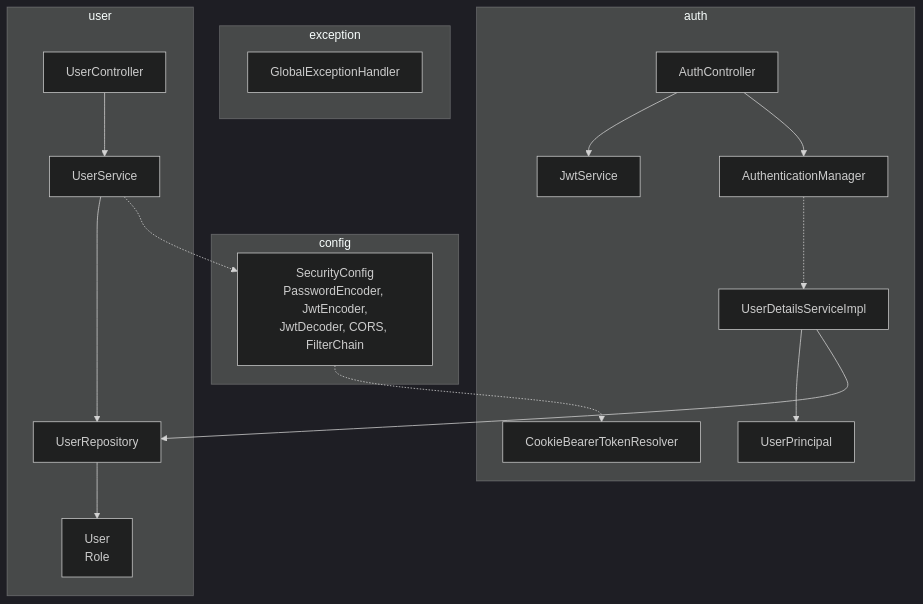
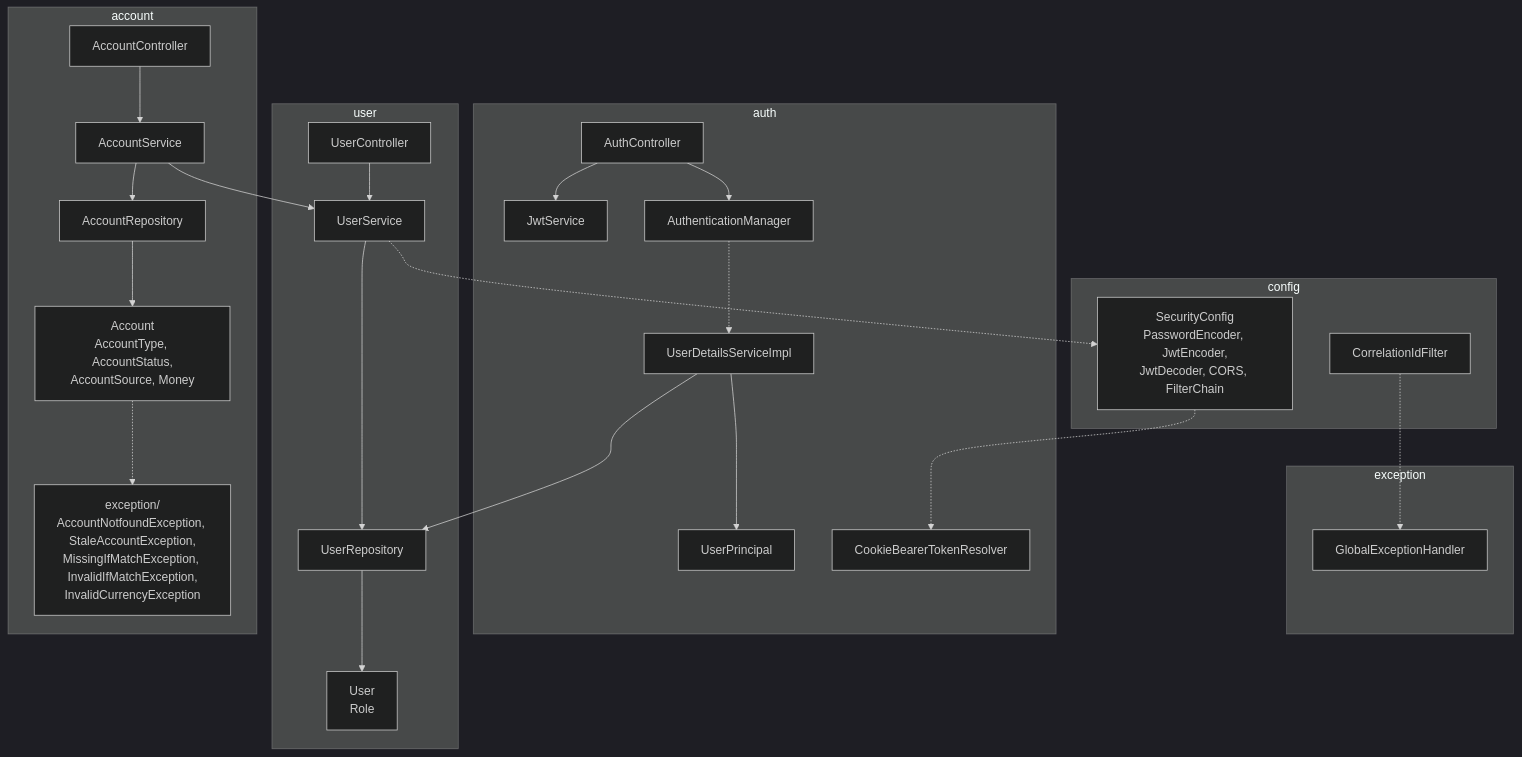
One commit to nomevini/opengrana changed the diagram in docs/architecture/backend-packages.md. Above: the diagram before and after it, drawn with Mermaid (dark theme). The commit also changed other lines of this file and 53 other files, not shown here.

````diff
--- a/docs/architecture/backend-packages.md
+++ b/docs/architecture/backend-packages.md
@@ -5,28 +5,39 @@
 ```mermaid
 flowchart TB
     subgraph config
         SC["SecurityConfig<br/>PasswordEncoder, JwtEncoder,<br/>JwtDecoder, CORS, FilterChain"]
+        CIF[CorrelationIdFilter]
     end
 
     subgraph exception
         GEH[GlobalExceptionHandler]
     end
 
     subgraph auth
         AC[AuthController] --> JS[JwtService]
         AC --> AM[AuthenticationManager]
         AM -.-> UDS[UserDetailsServiceImpl]
         UDS --> UP[UserPrincipal]
         CBR[CookieBearerTokenResolver]
     end
 
     subgraph user
         UCtl[UserController] --> USvc[UserService]
         USvc --> URepo[UserRepository]
         URepo --> UEnt["User<br/>Role"]
     end
 
+    subgraph account
+        ACtl[AccountController] --> ASvc[AccountService]
+        ASvc --> ARepo[AccountRepository]
+        ASvc --> USvc
+        ARepo --> AEnt["Account<br/>AccountType, AccountStatus,<br/>AccountSource, Money"]
+        AExc["exception/<br/>AccountNotfoundException, StaleAccountException,<br/>MissingIfMatchException, InvalidIfMatchException,<br/>InvalidCurrencyException"]
+        AEnt -.-> AExc
+    end
+
     UDS --> URepo
     USvc -.-> SC
     SC -.-> CBR
+    CIF -.-> GEH
 ```
````
